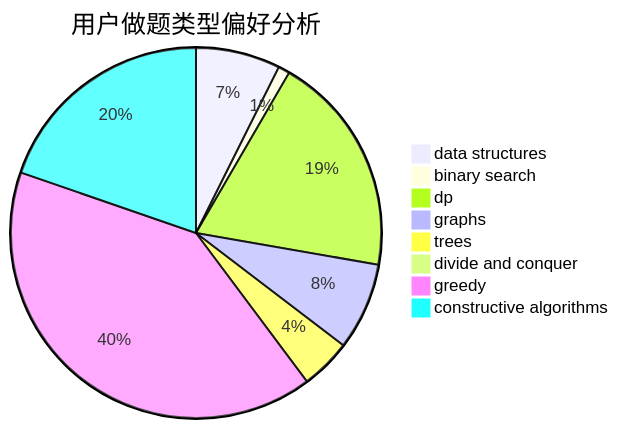
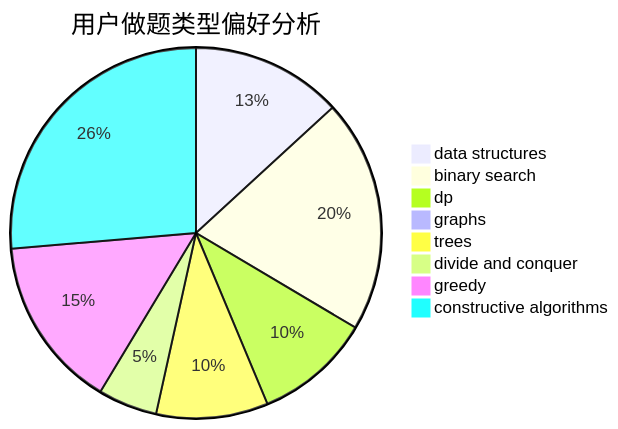
One commit to sherpahu/cfrs.github.io changed the second of 3 diagrams in docs/user/u1578.md. Above: the diagram before and after it, drawn with Mermaid. The commit also changed other lines of this file and 2770 other files, not shown here.

````diff
--- a/docs/user/u1578.md
+++ b/docs/user/u1578.md
@@ -23,11 +23,11 @@
 ```mermaid
 pie title 用户做题类型偏好分析
-    "data structures" :  175
-    "binary search" :  24
-    "dp" :  460
-    "graphs" :  181
-    "trees" :  105
-    "divide and conquer" :  9
-    "greedy" :  962
-    "constructive algorithms" :  468
+    "data structures" :  158
+    "binary search" :  244
+    "dp" :  122
+    "graphs" :  1
+    "trees" :  117
+    "divide and conquer" :  62
+    "greedy" :  180
+    "constructive algorithms" :  316
 ```
````
